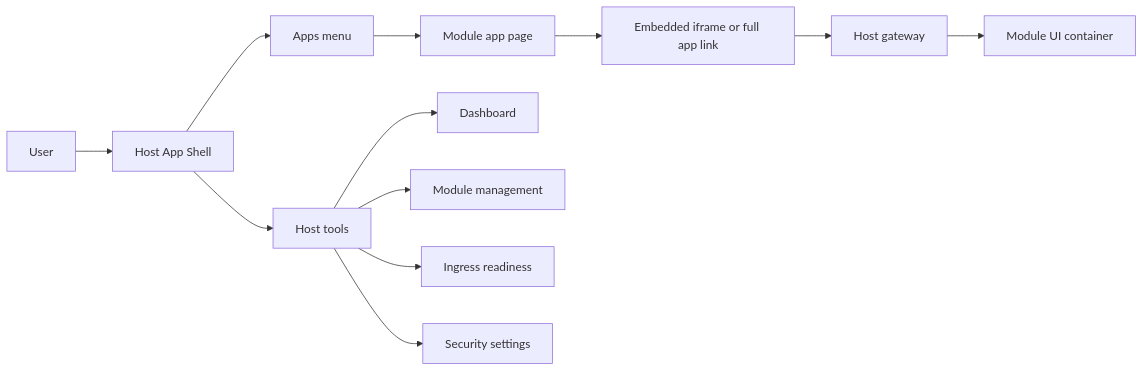
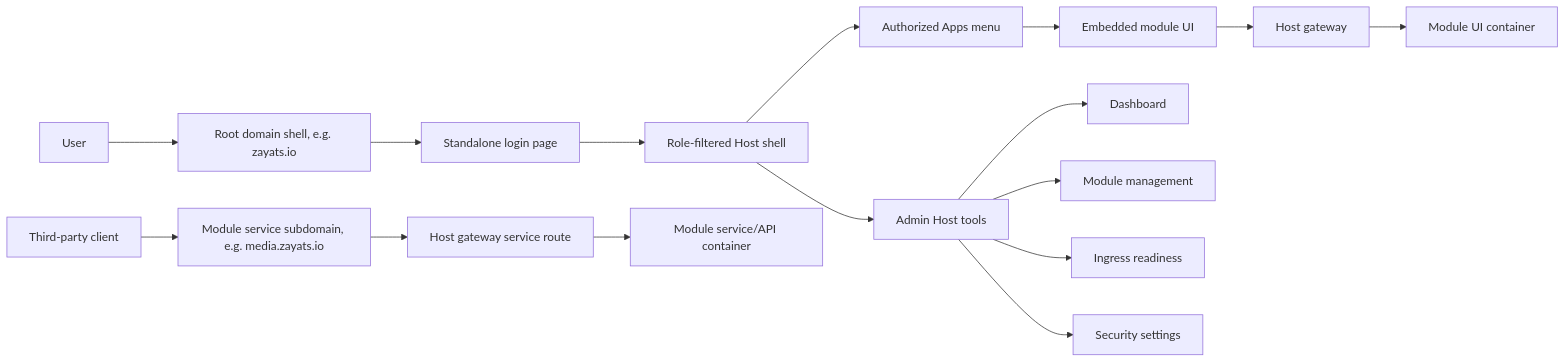
One commit to alex-de-haas/docker-host changed the diagram in docs/planning/host-app-shell.md. Above: the diagram before and after it, drawn with Mermaid. The commit also changed other lines of this file and 1 other file, not shown here.

Commit message:
Clarify shell-only UI and service exposure model

````diff
--- a/docs/planning/host-app-shell.md
+++ b/docs/planning/host-app-shell.md
@@ -18,15 +31,19 @@
 ```mermaid
 flowchart LR
-  U["User"] --> S["Host App Shell"]
-  S --> H["Host tools"]
-  S --> A["Apps menu"]
-  A --> P["Module app page"]
-  P --> F["Embedded iframe or full app link"]
-  F --> G["Host gateway"]
+  U["User"] --> R["Root domain shell, e.g. zayats.io"]
+  R --> L["Standalone login page"]
+  L --> S["Role-filtered Host shell"]
+  S --> H["Admin Host tools"]
+  S --> A["Authorized Apps menu"]
+  A --> P["Embedded module UI"]
+  P --> G["Host gateway"]
   G --> M["Module UI container"]
+  C["Third-party client"] --> SD["Module service subdomain, e.g. media.zayats.io"]
+  SD --> G2["Host gateway service route"]
+  G2 --> B["Module service/API container"]
 
   H --> D["Dashboard"]
   H --> N["Module management"]
   H --> I["Ingress readiness"]
   H --> X["Security settings"]
 ```
````
